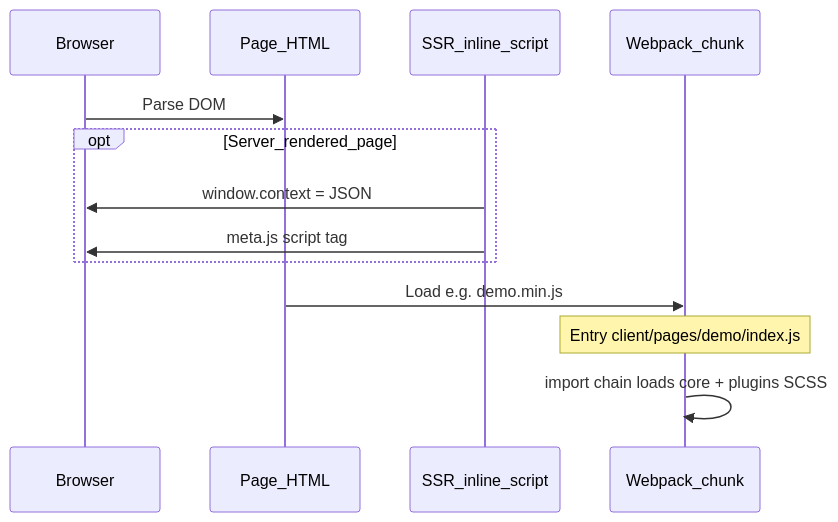
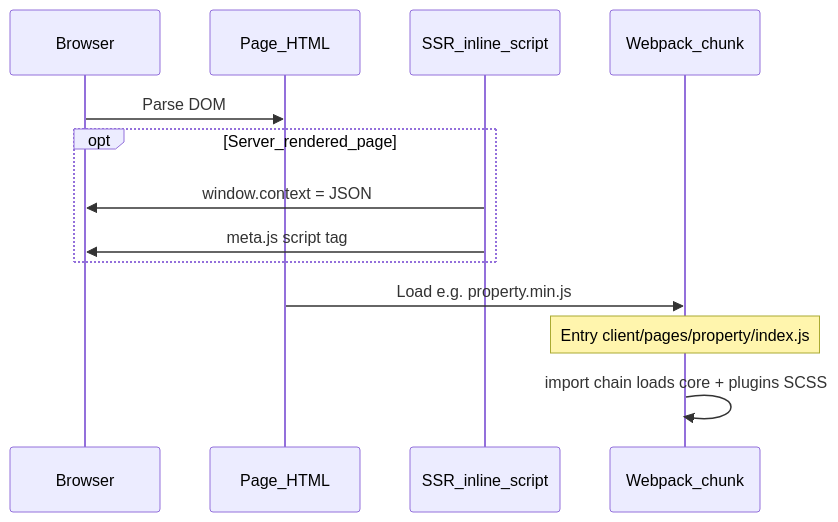
The first of 8 diagrams in docs/client-js-lifecycle.md (shishiv30/vue-cui), drawn with Mermaid before and after one commit. The commit also changed other lines of this file and 341 other files, not shown here.

````diff
--- a/docs/client-js-lifecycle.md
+++ b/docs/client-js-lifecycle.md
@@ -11,16 +11,16 @@
 ```mermaid
 sequenceDiagram
 	participant Browser
 	participant HTML as Page_HTML
 	participant SSR as SSR_inline_script
 	participant Bundle as Webpack_chunk
 
 	Browser->>HTML: Parse DOM
 	opt Server_rendered_page
 		SSR->>Browser: window.context = JSON
 		SSR->>Browser: meta.js script tag
 	end
-	HTML->>Bundle: Load e.g. demo.min.js
-	Note over Bundle: Entry client/pages/demo/index.js
+	HTML->>Bundle: Load e.g. property.min.js
+	Note over Bundle: Entry client/pages/property/index.js
 	Bundle->>Bundle: import chain loads core + plugins SCSS
 ```
````
